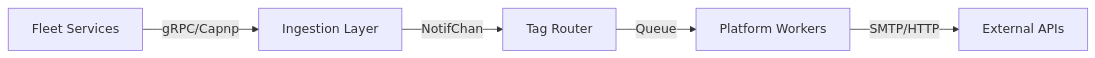
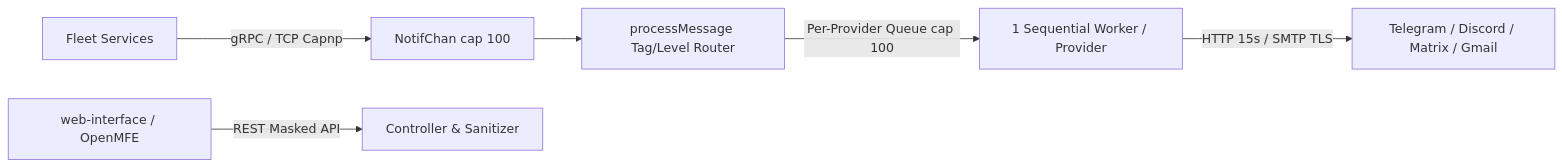
One commit to Bastien-Antigravity/notif-server changed the diagram in quick-overview/Architecture-Overview.md. Above: the diagram before and after it, drawn with Mermaid. The commit also changed other lines of this file and 19 other files, not shown here.

Commit message:
refactor: centralize secret sanitization and harden security across notifiers and rest api

````diff
--- a/quick-overview/Architecture-Overview.md
+++ b/quick-overview/Architecture-Overview.md
@@ -31,7 +36,8 @@
 ```mermaid
 graph LR
-    Fleet[Fleet Services] -->|gRPC/Capnp| Ingress[Ingestion Layer]
-    Ingress -->|NotifChan| Router[Tag Router]
-    Router -->|Queue| Workers[Platform Workers]
-    Workers -->|SMTP/HTTP| External[External APIs]
+    Fleet[Fleet Services] -->|gRPC / TCP Capnp| Ingress[NotifChan cap 100]
+    Ingress --> Router[processMessage Tag/Level Router]
+    Router -->|Per-Provider Queue cap 100| Workers[1 Sequential Worker / Provider]
+    Workers -->|HTTP 15s / SMTP TLS| External[Telegram / Discord / Matrix / Gmail]
+    WebUI[web-interface / OpenMFE] -->|REST Masked API| Control[Controller & Sanitizer]
 ```
````
